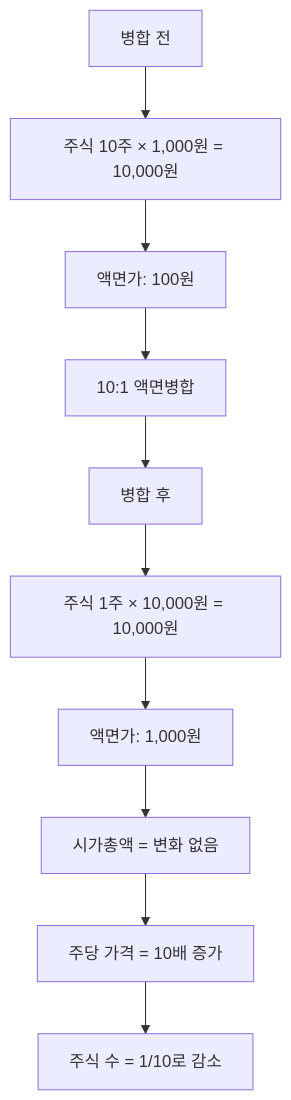
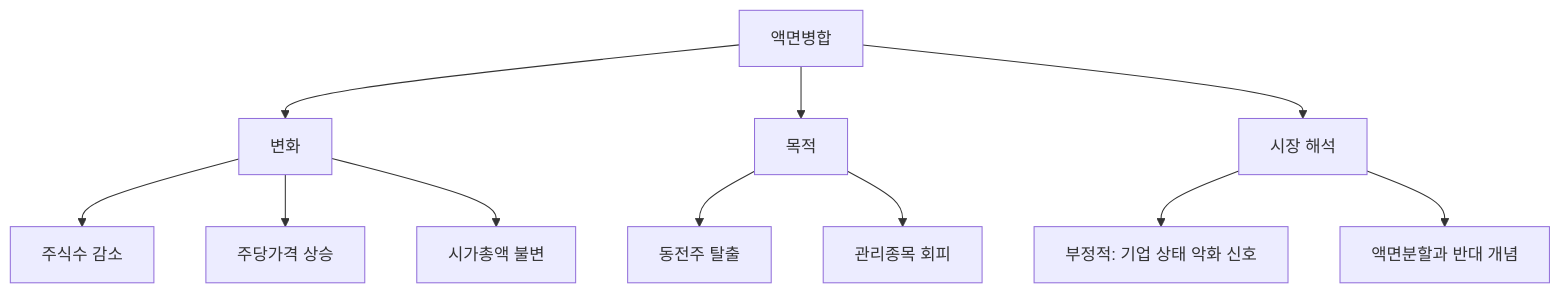
One commit to yeongseon/stock-visual-note changed the diagram in content/stock-terms/ko/level-07-earnings/reverse-stock-split.md. Above: the diagram before and after it, drawn with Mermaid. The commit also changed other lines of this file and 96 other files, not shown here.

Commit message:
Rewrite all 98 remaining articles: branching Mermaid diagrams, natural search_intent, compelling seo_titles, clean descriptions

````diff
--- a/content/stock-terms/ko/level-07-earnings/reverse-stock-split.md
+++ b/content/stock-terms/ko/level-07-earnings/reverse-stock-split.md
@@ -42,22 +42,14 @@
 ```mermaid
 graph TD
-    A0["병합 전"]
-    A1["주식 10주 × 1,000원 = 10,000원"]
-    A2["액면가: 100원"]
-    A3["10:1 액면병합"]
-    A4["병합 후"]
-    A5["주식 1주 × 10,000원 = 10,000원"]
-    A6["액면가: 1,000원"]
-    A7["시가총액 = 변화 없음"]
-    A8["주당 가격 = 10배 증가"]
-    A9["주식 수 = 1/10로 감소"]
-    A0 --> A1
-    A1 --> A2
-    A2 --> A3
-    A3 --> A4
-    A4 --> A5
-    A5 --> A6
-    A6 --> A7
-    A7 --> A8
-    A8 --> A9
+    A["액면병합"]
+    A --> B["변화"]
+    A --> C["목적"]
+    A --> D["시장 해석"]
+    B --> B1["주식수 감소"]
+    B --> B2["주당가격 상승"]
+    B --> B3["시가총액 불변"]
+    C --> C1["동전주 탈출"]
+    C --> C2["관리종목 회피"]
+    D --> D1["부정적: 기업 상태 악화 신호"]
+    D --> D2["액면분할과 반대 개념"]
 ```
````
